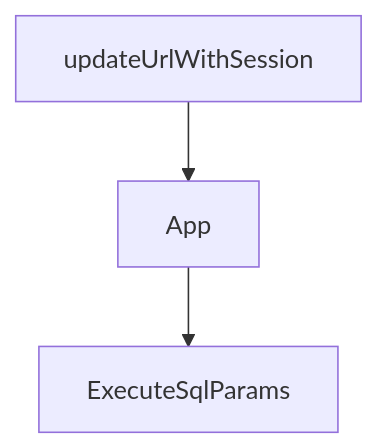
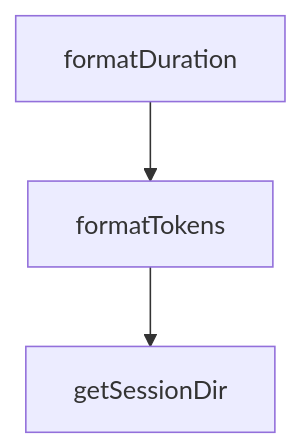
One commit to johnxie/awesome-code-docs changed the diagram in tutorials/kimi-cli-tutorial/05-acp-and-ide-integrations.md. Above: the diagram before and after it, drawn with Mermaid. The commit also changed other lines of this file and 1232 other files, not shown here.

````diff
--- a/tutorials/kimi-cli-tutorial/05-acp-and-ide-integrations.md
+++ b/tutorials/kimi-cli-tutorial/05-acp-and-ide-integrations.md
@@ -175,8 +173,8 @@
 ```mermaid
 flowchart TD
-    A[updateUrlWithSession]
-    B[App]
-    C[ExecuteSqlParams]
+    A[formatDuration]
+    B[formatTokens]
+    C[getSessionDir]
     A --> B
     B --> C
 ```
````
